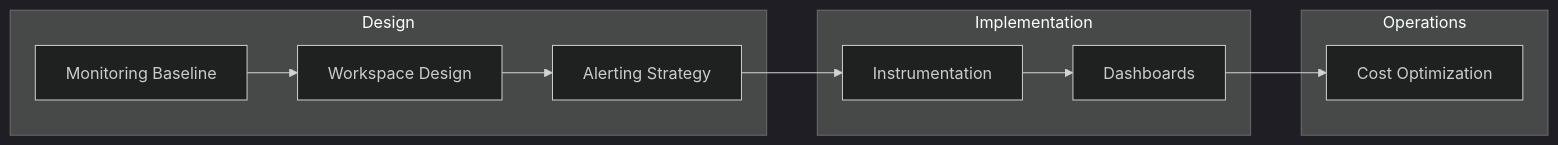
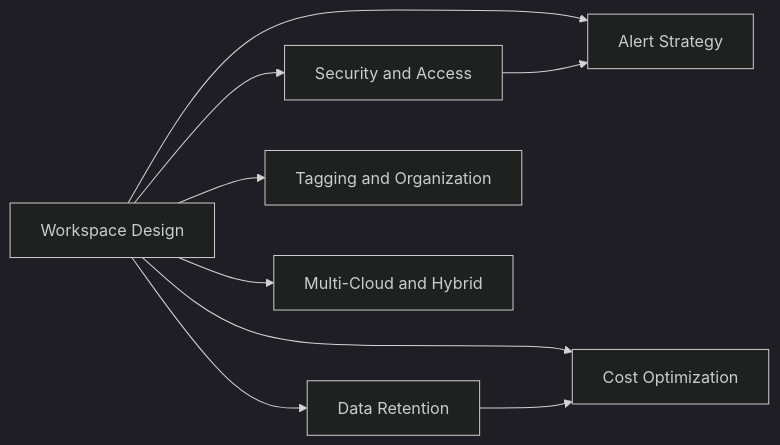
The diagram in docs/best-practices/index.md (yeongseon/azure-monitoring-practical-guide), drawn with Mermaid (dark theme) before and after one commit. The commit also changed other lines of this file and 50 other files, not shown here.

````diff
--- a/docs/best-practices/index.md
+++ b/docs/best-practices/index.md
@@ -5,21 +5,11 @@
 ```mermaid
 graph LR
-    subgraph "Design"
-        A[Monitoring Baseline]
-        B[Workspace Design]
-        C[Alerting Strategy]
-    end
-    
-    subgraph "Implementation"
-        D[Instrumentation]
-        E[Dashboards]
-    end
-    
-    subgraph "Operations"
-        F[Cost Optimization]
-    end
-    
-    A --> B --> C
-    C --> D --> E
-    E --> F
+    A[Workspace Design] --> B[Alert Strategy]
+    A --> C[Security and Access]
+    A --> D[Data Retention]
+    A --> E[Cost Optimization]
+    A --> F[Tagging and Organization]
+    A --> G[Multi-Cloud and Hybrid]
+    C --> B
+    D --> E
 ```
````
